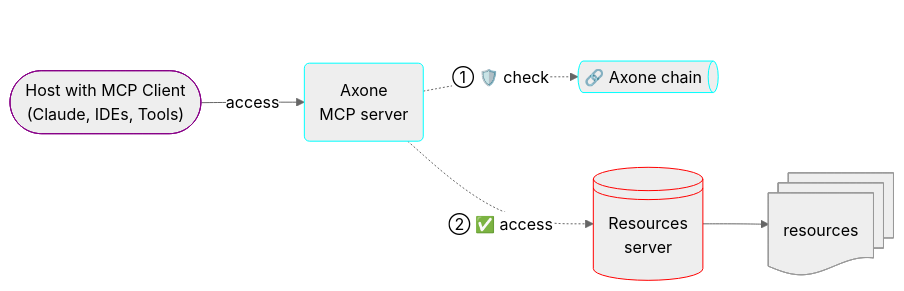
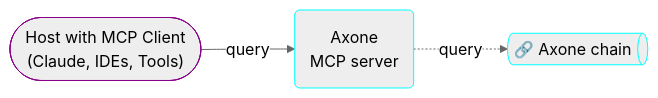
Before and after one commit to axone-protocol/axone-mcp: the diagram in README.md, drawn with Mermaid (neutral theme). The commit also changed other lines of this file, not shown here.

Commit message:
docs(README): align diagram with current MCP server implementation

````diff
--- a/README.md
+++ b/README.md
@@ -22,20 +21,15 @@
 ```mermaid
 flowchart LR
     classDef actor stroke:#808
     classDef system stroke:#0ff
     classDef resource stroke:#f00
 
     actor:::actor@{ shape: stadium, label: "Host with MCP Client<br>(Claude, IDEs, Tools)" }
-    s3Proxy:::system@{ shape: rounded, label: "Axone<br>MCP server" }
-    s3:::resource@{shape: lin-cyl, label: "Resources<br>server"}
-    files@{ shape: docs, label: "resources" }
+    mcpServer:::system@{ shape: rounded, label: "Axone<br>MCP server" }
     axone:::system@{ shape: das, label: "🔗 Axone chain" }
-    s3 --> files
 
-    actor -- access --> s3Proxy
 
-    s3Proxy ~~~
+    actor -- query --> mcpServer
 
-    s3Proxy -. ① 🛡️ check .-> axone
-    s3Proxy -. ② ✅ access .-> s3
+    mcpServer -. query .-> axone
 ```
````
